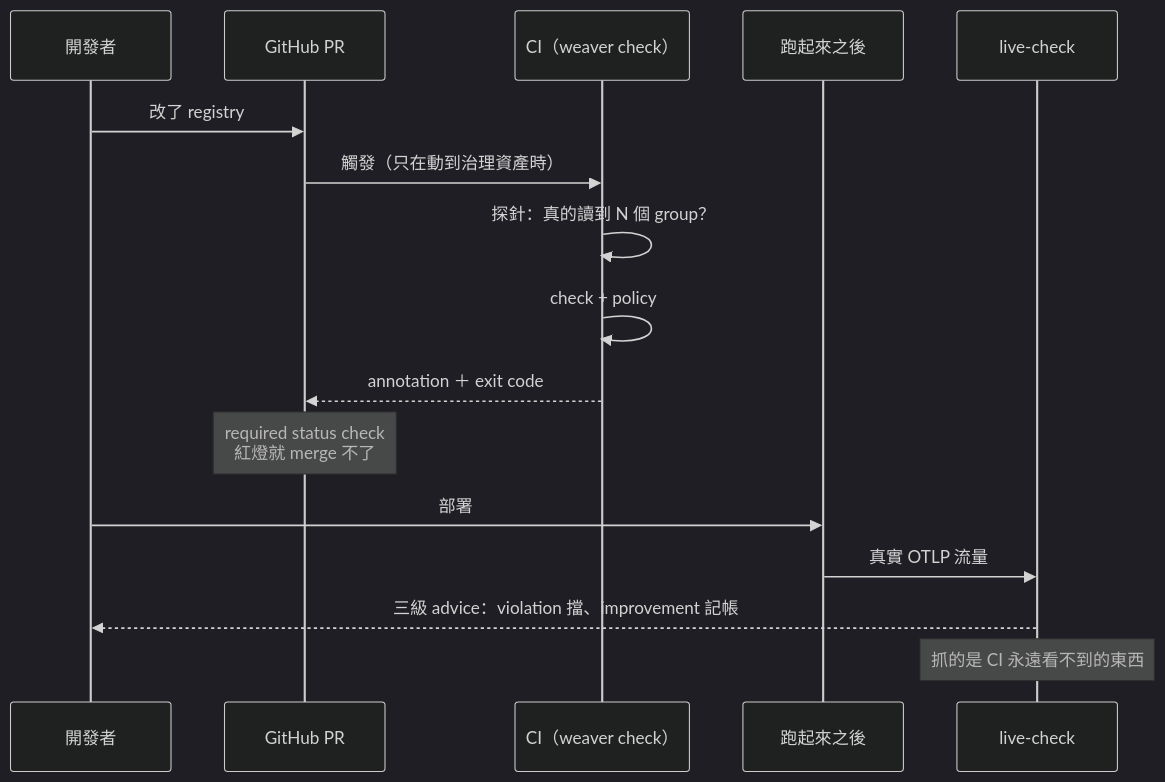
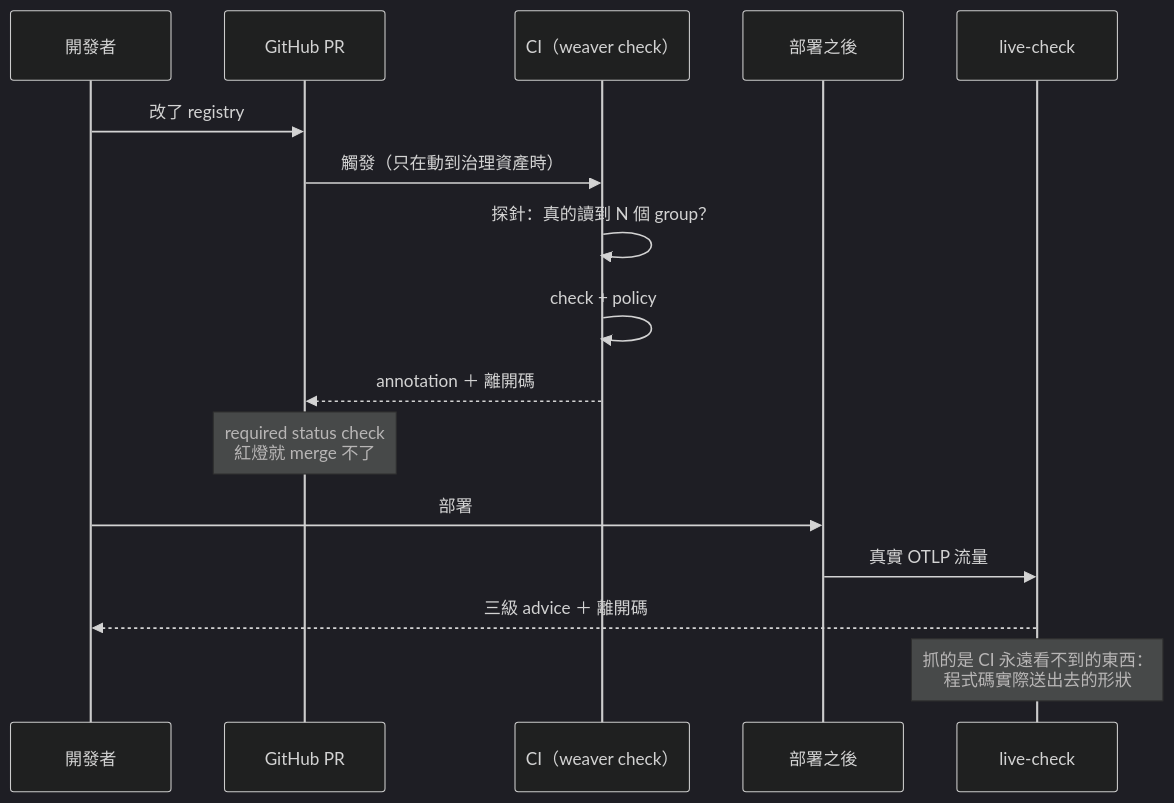
Before and after one commit to tedmax100/o11y-bench: the first of 3 diagrams in weaver-demo/ironman-2026/day07.md, drawn with Mermaid (dark theme). The commit also changed other lines of this file and 1 other file, not shown here.

````diff
--- a/weaver-demo/ironman-2026/day07.md
+++ b/weaver-demo/ironman-2026/day07.md
@@ -28,20 +39,20 @@
 ```mermaid
 sequenceDiagram
     participant Dev as 開發者
     participant PR as GitHub PR
     participant CI as CI（weaver check）
-    participant K8s as 跑起來之後
+    participant K8s as 部署之後
     participant LC as live-check
 
     Dev->>PR: 改了 registry
     PR->>CI: 觸發（只在動到治理資產時）
     CI->>CI: 探針：真的讀到 N 個 group？
     CI->>CI: check + policy
-    CI-->>PR: annotation ＋ exit code
+    CI-->>PR: annotation ＋ 離開碼
     Note over PR: required status check<br/>紅燈就 merge 不了
 
     Dev->>K8s: 部署
     K8s->>LC: 真實 OTLP 流量
-    LC-->>Dev: 三級 advice：violation 擋、improvement 記帳
-    Note over LC: 抓的是 CI 永遠看不到的東西
+    LC-->>Dev: 三級 advice ＋ 離開碼
+    Note over LC: 抓的是 CI 永遠看不到的東西：<br/>程式碼實際送出去的形狀
 ```
````
